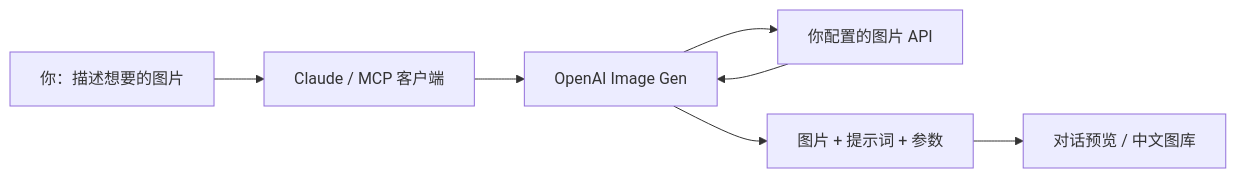
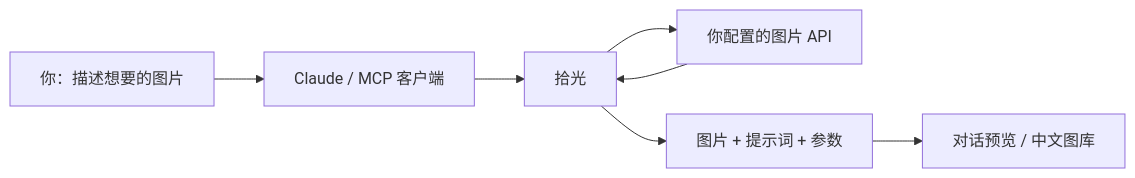
One commit to hui455/shiguang changed the diagram in README.md. Above: the diagram before and after it, drawn with Mermaid. The commit also changed other lines of this file and 11 other files, not shown here.

````diff
--- a/README.md
+++ b/README.md
@@ -28,9 +28,9 @@
 ```mermaid
 flowchart LR
     A[你：描述想要的图片] --> B[Claude / MCP 客户端]
-    B --> C[OpenAI Image Gen]
+    B --> C[拾光]
     C --> D[你配置的图片 API]
     D --> C
     C --> E[图片 + 提示词 + 参数]
     E --> F[对话预览 / 中文图库]
 ```
````
